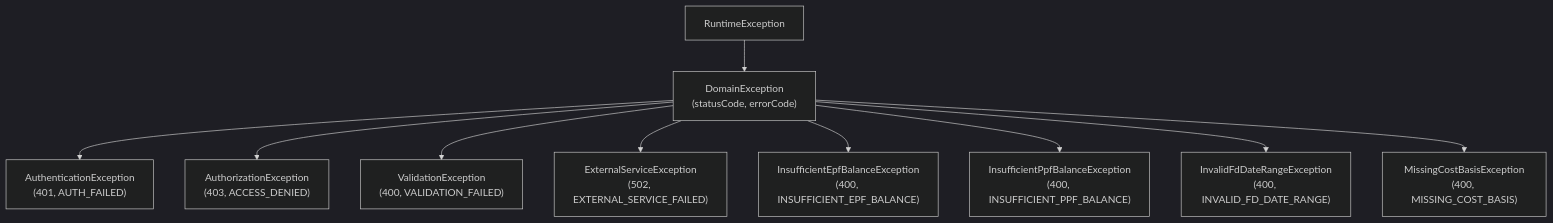
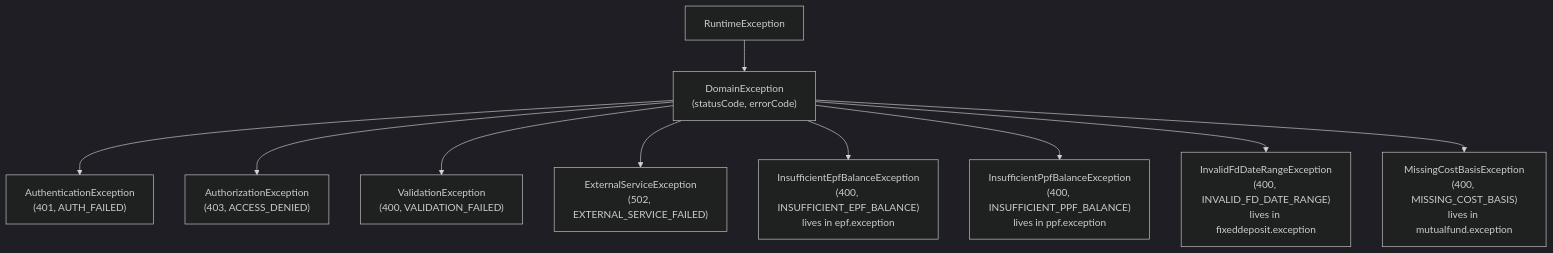
Before and after one commit to urvagandhi/coinTrack: the third of 4 diagrams in backend/src/main/java/com/urva/myfinance/coinTrack/common/README.md, drawn with Mermaid (dark theme). The commit also changed other lines of this file and 33 other files, not shown here.

````diff
--- a/backend/src/main/java/com/urva/myfinance/coinTrack/common/README.md
+++ b/backend/src/main/java/com/urva/myfinance/coinTrack/common/README.md
@@ -300,12 +315,12 @@
 ```mermaid
 graph TD
     RE["RuntimeException"] --> DE["DomainException<br/>(statusCode, errorCode)"]
     DE --> AuthE["AuthenticationException<br/>(401, AUTH_FAILED)"]
     DE --> AuthzE["AuthorizationException<br/>(403, ACCESS_DENIED)"]
     DE --> VE["ValidationException<br/>(400, VALIDATION_FAILED)"]
     DE --> ExtE["ExternalServiceException<br/>(502, EXTERNAL_SERVICE_FAILED)"]
-    DE --> EPF["InsufficientEpfBalanceException<br/>(400, INSUFFICIENT_EPF_BALANCE)"]
-    DE --> PPF["InsufficientPpfBalanceException<br/>(400, INSUFFICIENT_PPF_BALANCE)"]
-    DE --> IFD["InvalidFdDateRangeException<br/>(400, INVALID_FD_DATE_RANGE)"]
-    DE --> MCB["MissingCostBasisException<br/>(400, MISSING_COST_BASIS)"]
+    DE --> EPF["InsufficientEpfBalanceException<br/>(400, INSUFFICIENT_EPF_BALANCE)<br/>lives in epf.exception"]
+    DE --> PPF["InsufficientPpfBalanceException<br/>(400, INSUFFICIENT_PPF_BALANCE)<br/>lives in ppf.exception"]
+    DE --> IFD["InvalidFdDateRangeException<br/>(400, INVALID_FD_DATE_RANGE)<br/>lives in fixeddeposit.exception"]
+    DE --> MCB["MissingCostBasisException<br/>(400, MISSING_COST_BASIS)<br/>lives in mutualfund.exception"]
 ```
````
